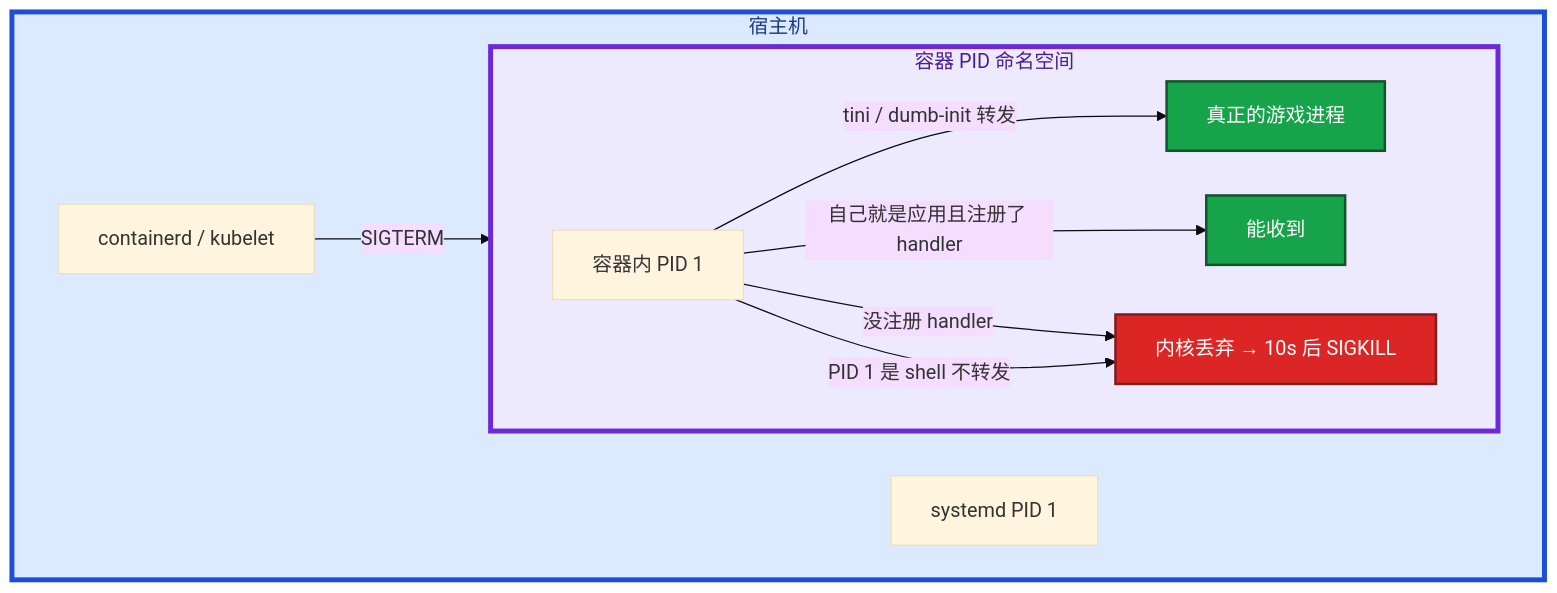
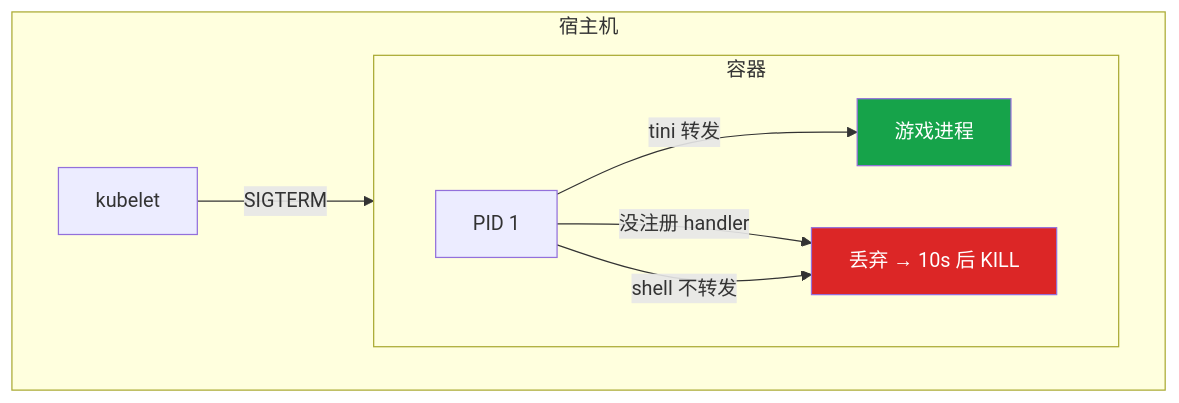
One commit to ml-cuizijun/LearnToLilith changed the seventh of 8 diagrams in 02-基础底座/02-进程与信号/知识点.md. Above: the diagram before and after it, drawn with Mermaid. The commit also changed other lines of this file and 213 other files, not shown here.

````diff
--- a/02-基础底座/02-进程与信号/知识点.md
+++ b/02-基础底座/02-进程与信号/知识点.md
@@ -306,25 +252,17 @@
 ```mermaid
-%%{init: {"flowchart": {"padding": 16, "nodeSpacing": 36}, "theme": "base"}}%%
 flowchart TB
     subgraph host ["宿主机"]
-        sd[systemd PID 1]
-        kube[containerd / kubelet]
-        kube -->|"SIGTERM"| box
+        kube[kubelet] -->|"SIGTERM"| box
+    end
+    subgraph box ["容器"]
+        p1[PID 1]
+        p1 -->|tini 转发| app[游戏进程]
+        p1 -->|没注册 handler| drop[丢弃 → 10s 后 KILL]
+        p1 -->|shell 不转发| drop
     end
 
-    subgraph box ["容器 PID 命名空间"]
-        p1[容器内 PID 1]
-        p1 -->|tini / dumb-init 转发| app[真正的游戏进程]
-        p1 -->|自己就是应用且注册了 handler| ok[能收到]
-        p1 -->|没注册 handler| drop[内核丢弃 → 10s 后 SIGKILL]
-        p1 -->|PID 1 是 shell 不转发| drop
-    end
-
-    classDef okc fill:#16A34A,stroke:#14532D,stroke-width:2px,color:#fff
-    classDef bad fill:#DC2626,stroke:#7F1D1D,stroke-width:2px,color:#fff
-    class ok,app okc
+    classDef ok fill:#16A34A,color:#fff
+    classDef bad fill:#DC2626,color:#fff
+    class app ok
     class drop bad
-
-    style host fill:#DBEAFE,stroke:#1D4ED8,stroke-width:4px,color:#1E3A8A
-    style box fill:#EDE9FE,stroke:#6D28D9,stroke-width:4px,color:#4C1D95
 ```
````
